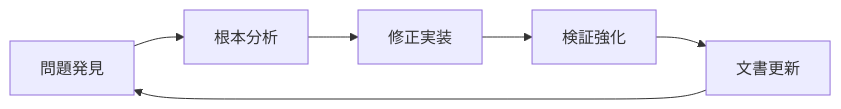
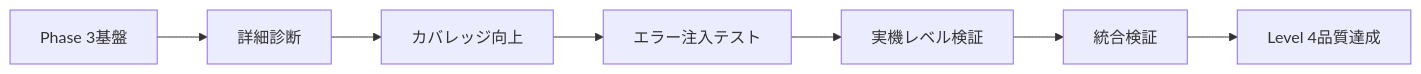
The diagram in docs/uvm_verification_quality_assurance_instructions_20251010.md (MameMame777/AXIUART_), drawn with Mermaid before and after one commit. The commit also changed other lines of this file, not shown here.

````diff
--- a/docs/uvm_verification_quality_assurance_instructions_20251010.md
+++ b/docs/uvm_verification_quality_assurance_instructions_20251010.md
@@ -550,8 +364,9 @@
 ```mermaid
 graph LR
-    A[問題発見] --> B[根本分析]
-    B --> C[修正実装]
-    C --> D[検証強化]
-    D --> E[文書更新]
-    E --> A
+    A[Phase 3基盤] --> B[詳細診断]
+    B --> C[カバレッジ向上]
+    C --> D[エラー注入テスト]
+    D --> E[実機レベル検証]
+    E --> F[統合検証]
+    F --> G[Level 4品質達成]
 ```
````
